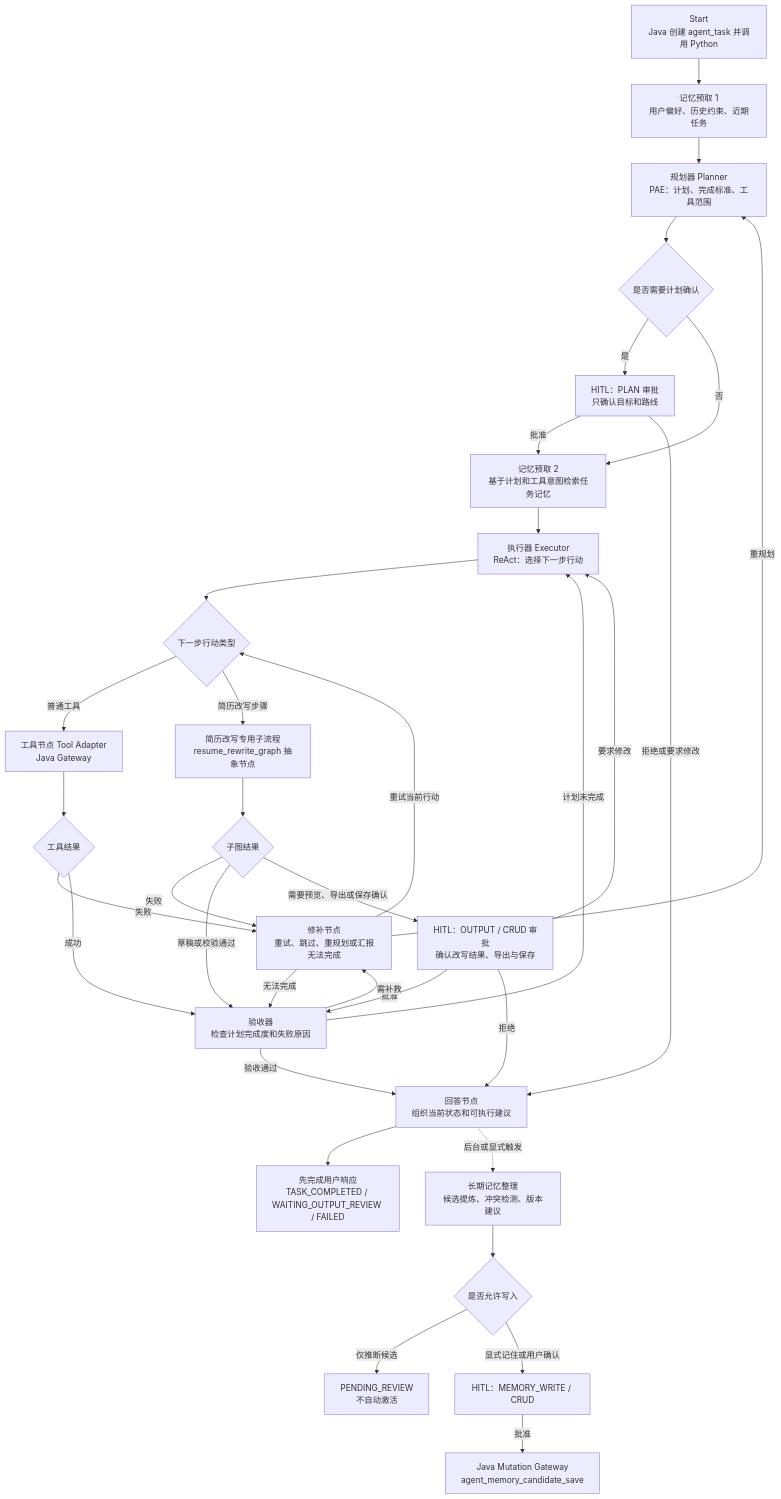
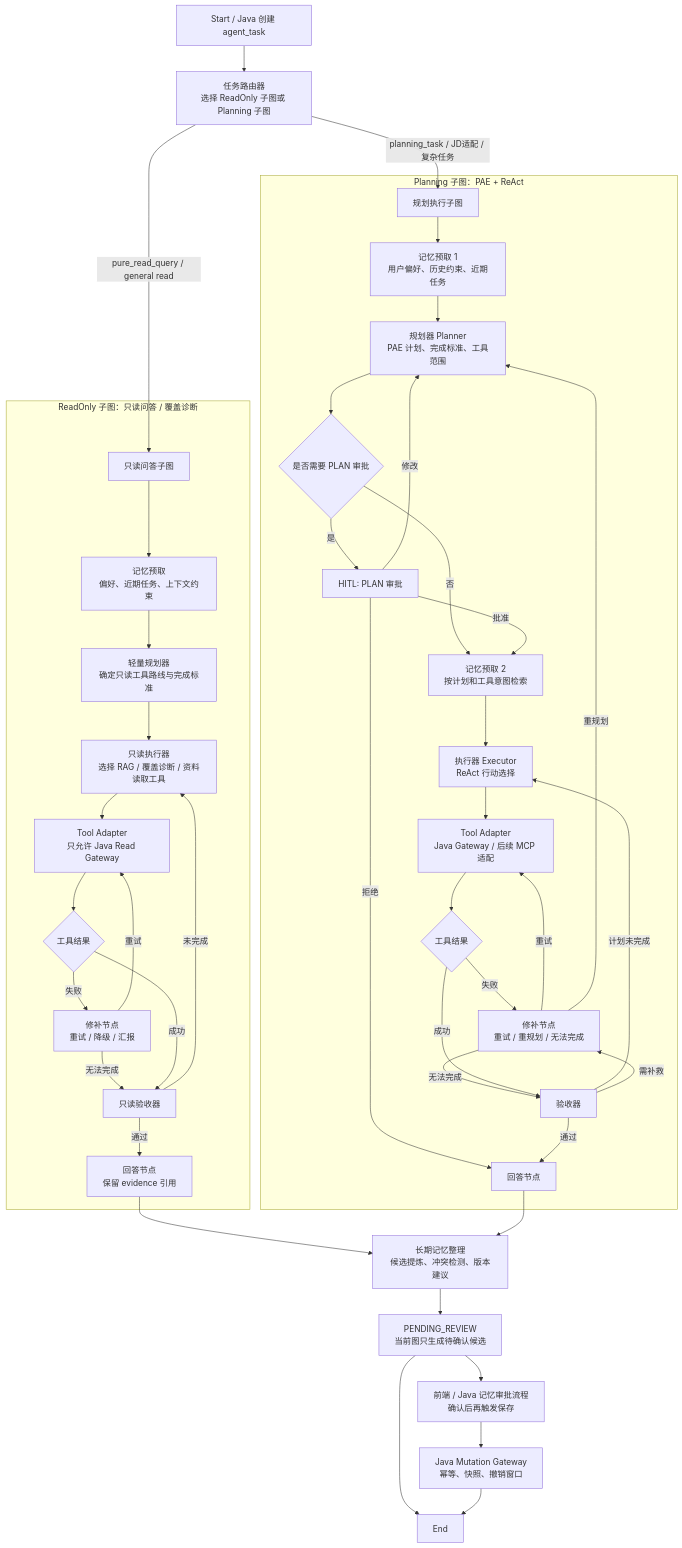
The sixth of 9 diagrams in README.md (HeWhenJay/Multimodal-RAG-Agent-Learning-Evidence-Platform), drawn with Mermaid before and after one commit. The commit also changed other lines of this file and 12 other files, not shown here.

Commit message:
feat: 统一 Agent LangGraph 路由并清理旧图

````diff
--- a/README.md
+++ b/README.md
@@ -183,40 +172,50 @@
 ```mermaid
 flowchart TD
-    START["Start<br/>Java 创建 agent_task 并调用 Python"] --> M0["记忆预取 1<br/>用户偏好、历史约束、近期任务"]
-    M0 --> PL["规划器 Planner<br/>PAE：计划、完成标准、工具范围"]
-    PL --> HPLAN{"是否需要计划确认"}
-    HPLAN -->|"是"| PLAN_REVIEW["HITL：PLAN 审批<br/>只确认目标和路线"]
-    HPLAN -->|"否"| M1["记忆预取 2<br/>基于计划和工具意图检索任务记忆"]
-    PLAN_REVIEW -->|"批准"| M1
-    PLAN_REVIEW -->|"拒绝或要求修改"| ANSWER["回答节点<br/>组织当前状态和可执行建议"]
+    START["Start / Java 创建 agent_task"] --> ROUTER["任务路由器<br/>选择 ReadOnly 子图或 Planning 子图"]
+    ROUTER -->|"pure_read_query / general read"| R0["只读问答子图"]
+    ROUTER -->|"planning_task / JD适配 / 复杂任务"| P0["规划执行子图"]
 
-    M1 --> EXEC["执行器 Executor<br/>ReAct：选择下一步行动"]
-    EXEC --> ACTION{"下一步行动类型"}
-    ACTION -->|"普通工具"| TOOL["工具节点 Tool Adapter<br/>Java Gateway"]
-    ACTION -->|"简历改写步骤"| RESUME_SUB["简历改写专用子流程<br/>resume_rewrite_graph 抽象节点"]
-    TOOL --> TOOL_RESULT{"工具结果"}
-    RESUME_SUB --> RESUME_RESULT{"子图结果"}
+    subgraph READ["ReadOnly 子图：只读问答 / 覆盖诊断"]
+      R0 --> RM0["记忆预取<br/>偏好、近期任务、上下文约束"]
+      RM0 --> RP["轻量规划器<br/>确定只读工具路线与完成标准"]
+      RP --> RE["只读执行器<br/>选择 RAG / 覆盖诊断 / 资料读取工具"]
+      RE --> RT["Tool Adapter<br/>只允许 Java Read Gateway"]
+      RT --> RR{"工具结果"}
+      RR -->|"失败"| RREPAIR["修补节点<br/>重试 / 降级 / 汇报"]
+      RREPAIR -->|"重试"| RT
+      RREPAIR -->|"无法完成"| RA["只读验收器"]
+      RR -->|"成功"| RA
+      RA -->|"未完成"| RE
+      RA -->|"通过"| RW["回答节点<br/>保留 evidence 引用"]
+    end
 
-    TOOL_RESULT -->|"失败"| REPAIR["修补节点<br/>重试、跳过、重规划或汇报无法完成"]
-    RESUME_RESULT -->|"失败"| REPAIR
-    REPAIR -->|"重试当前行动"| ACTION
-    REPAIR -->|"重规划"| PL
-    REPAIR -->|"无法完成"| ACCEPT["验收器<br/>检查计划完成度和失败原因"]
+    subgraph PLAN["Planning 子图：PAE + ReAct"]
+      P0 --> PM0["记忆预取 1<br/>用户偏好、历史约束、近期任务"]
+      PM0 --> PL["规划器 Planner<br/>PAE 计划、完成标准、工具范围"]
+      PL --> HPLAN{"是否需要 PLAN 审批"}
+      HPLAN -->|"是"| PLAN_REVIEW["HITL: PLAN 审批"]
+      HPLAN -->|"否"| PM1["记忆预取 2<br/>按计划和工具意图检索"]
+      PLAN_REVIEW -->|"批准"| PM1
+      PLAN_REVIEW -->|"修改"| PL
+      PLAN_REVIEW -->|"拒绝"| PAW["回答节点"]
+      PM1 --> EXEC["执行器 Executor<br/>ReAct 行动选择"]
+      EXEC --> TOOL["Tool Adapter<br/>Java Gateway / 后续 MCP 适配"]
+      TOOL --> TR{"工具结果"}
+      TR -->|"失败"| REPAIR["修补节点<br/>重试 / 重规划 / 无法完成"]
+      REPAIR -->|"重试"| TOOL
+      REPAIR -->|"重规划"| PL
+      REPAIR -->|"无法完成"| ACCEPT["验收器"]
+      TR -->|"成功"| ACCEPT
+      ACCEPT -->|"计划未完成"| EXEC
+      ACCEPT -->|"需补救"| REPAIR
+      ACCEPT -->|"通过"| PAW["回答节点"]
+    end
 
-    TOOL_RESULT -->|"成功"| ACCEPT
-    RESUME_RESULT -->|"草稿或校验通过"| ACCEPT
-    RESUME_RESULT -->|"需要预览、导出或保存确认"| RESUME_REVIEW["HITL：OUTPUT / CRUD 审批<br/>确认改写结果、导出与保存"]
-    RESUME_REVIEW -->|"批准"| ACCEPT
-    RESUME_REVIEW -->|"要求修改"| EXEC
-    RESUME_REVIEW -->|"拒绝"| ANSWER
-    ACCEPT -->|"计划未完成"| EXEC
-    ACCEPT -->|"需补救"| REPAIR
-    ACCEPT -->|"验收通过"| ANSWER
-
-    ANSWER --> DONE["先完成用户响应<br/>TASK_COMPLETED / WAITING_OUTPUT_REVIEW / FAILED"]
-    ANSWER -. "后台或显式触发" .-> MEM["长期记忆整理<br/>候选提炼、冲突检测、版本建议"]
-    MEM --> MEM_GATE{"是否允许写入"}
-    MEM_GATE -->|"仅推断候选"| PENDING["PENDING_REVIEW<br/>不自动激活"]
-    MEM_GATE -->|"显式记住或用户确认"| MEM_REVIEW["HITL：MEMORY_WRITE / CRUD"]
-    MEM_REVIEW -->|"批准"| SAVE["Java Mutation Gateway<br/>agent_memory_candidate_save"]
+    RW --> MEM["长期记忆整理<br/>候选提炼、冲突检测、版本建议"]
+    PAW --> MEM
+    MEM --> PENDING["PENDING_REVIEW<br/>当前图只生成待确认候选"]
+    PENDING --> REVIEW_NOTE["前端 / Java 记忆审批流程<br/>确认后再触发保存"]
+    REVIEW_NOTE --> SAVE["Java Mutation Gateway<br/>幂等、快照、撤销窗口"]
+    PENDING --> END["End"]
+    SAVE --> END
 ```
````
